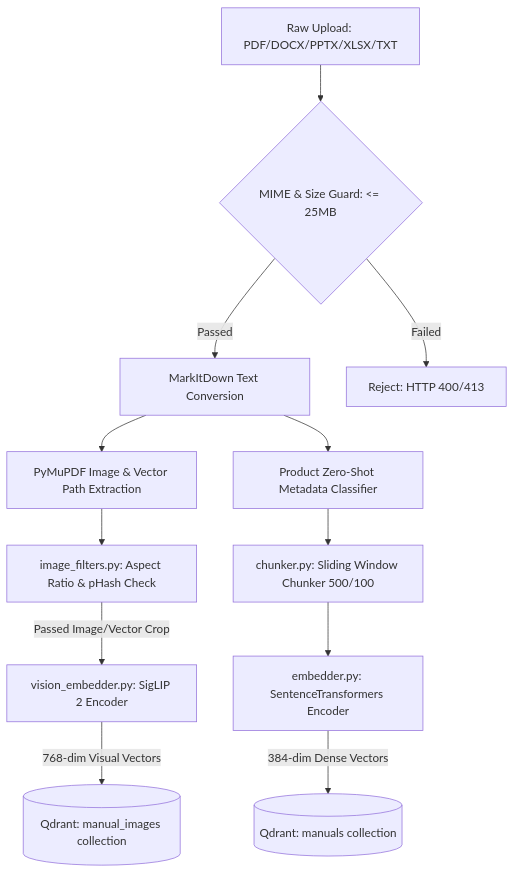
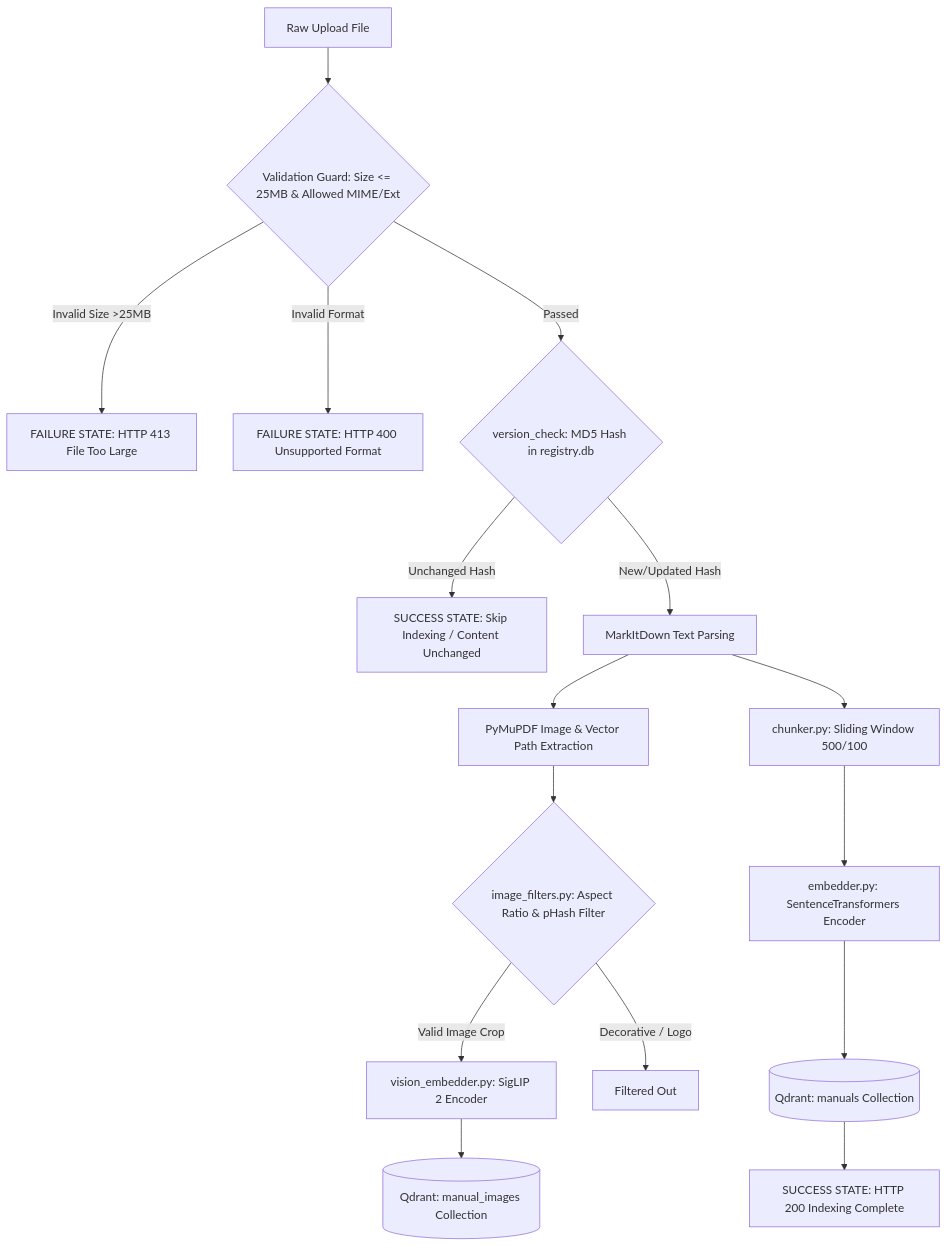
Before and after one commit to Santhosh-p653/rag-multimodal-assistant: the first of 6 diagrams in architecture.md, drawn with Mermaid. The commit also changed other lines of this file and 5 other files, not shown here.

````diff
--- a/architecture.md
+++ b/architecture.md
@@ -35,17 +35,25 @@
 ```mermaid
 graph TD
-    A[Raw Upload: PDF/DOCX/PPTX/XLSX/TXT] --> B{MIME & Size Guard: <= 25MB}
-    B -->|Passed| C[MarkItDown Text Conversion]
-    B -->|Failed| Drop[Reject: HTTP 400/413]
+    A[Raw Upload File] --> Guard{Validation Guard: Size <= 25MB & Allowed MIME/Ext}
     
-    C --> D[PyMuPDF Image & Vector Path Extraction]
-    D --> E[image_filters.py: Aspect Ratio & pHash Check]
+    Guard -->|Invalid Size >25MB| RejSize[FAILURE STATE: HTTP 413 File Too Large]
+    Guard -->|Invalid Format| RejMime[FAILURE STATE: HTTP 400 Unsupported Format]
+    Guard -->|Passed| VersionCheck{version_check: MD5 Hash in registry.db}
     
-    E -->|Passed Image/Vector Crop| F[vision_embedder.py: SigLIP 2 Encoder]
-    F -->|768-dim Visual Vectors| G[(Qdrant: manual_images collection)]
+    VersionCheck -->|Unchanged Hash| SkipIdx[SUCCESS STATE: Skip Indexing / Content Unchanged]
+    VersionCheck -->|New/Updated Hash| MarkItDown[MarkItDown Text Parsing]
     
-    C --> H[Product Zero-Shot Metadata Classifier]
-    H --> I[chunker.py: Sliding Window Chunker 500/100]
-    I --> J[embedder.py: SentenceTransformers Encoder]
-    J -->|384-dim Dense Vectors| K[(Qdrant: manuals collection)]
+    MarkItDown --> PyMuPDF[PyMuPDF Image & Vector Path Extraction]
+    PyMuPDF --> ImageFilter{image_filters.py: Aspect Ratio & pHash Filter}
+    
+    ImageFilter -->|Valid Image Crop| SigLIP[vision_embedder.py: SigLIP 2 Encoder]
+    ImageFilter -->|Decorative / Logo| DropImg[Filtered Out]
+    
+    SigLIP --> QdrantImg[(Qdrant: manual_images Collection)]
+    
+    MarkItDown --> Chunker[chunker.py: Sliding Window 500/100]
+    Chunker --> Embedder[embedder.py: SentenceTransformers Encoder]
+    Embedder --> QdrantText[(Qdrant: manuals Collection)]
+    
+    QdrantText --> SuccessIngest[SUCCESS STATE: HTTP 200 Indexing Complete]
 ```
````
